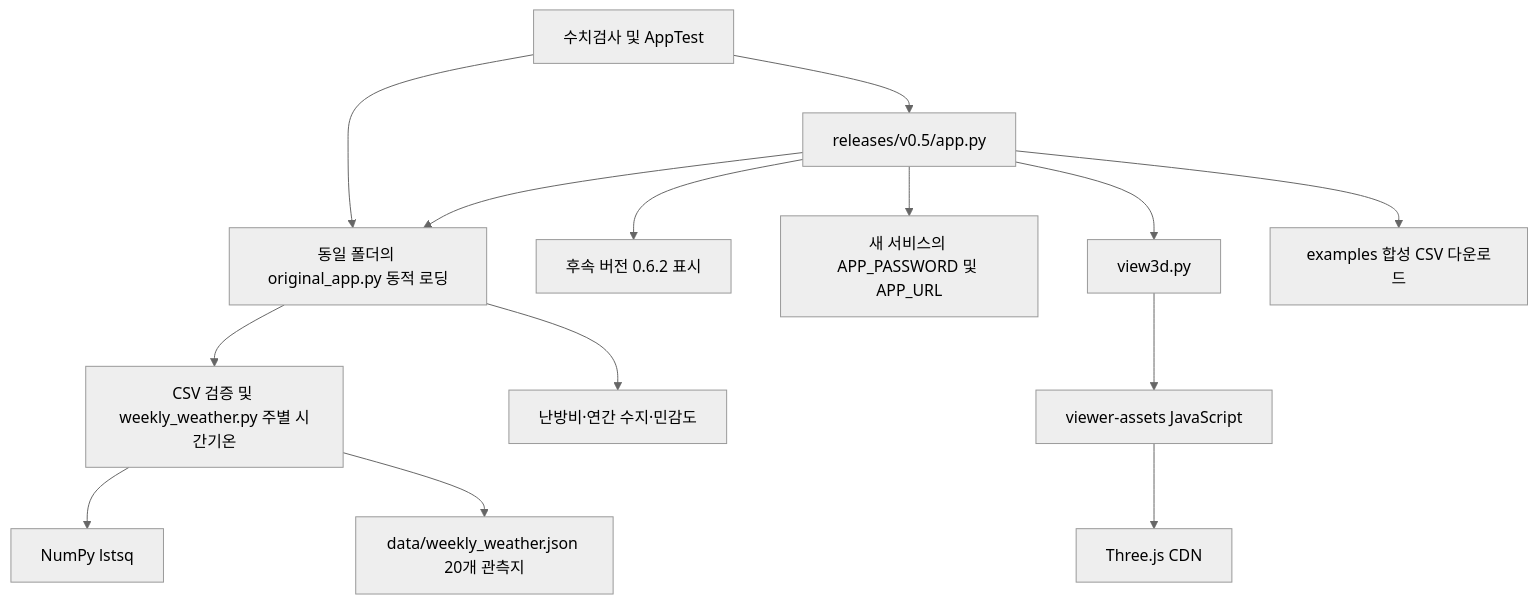
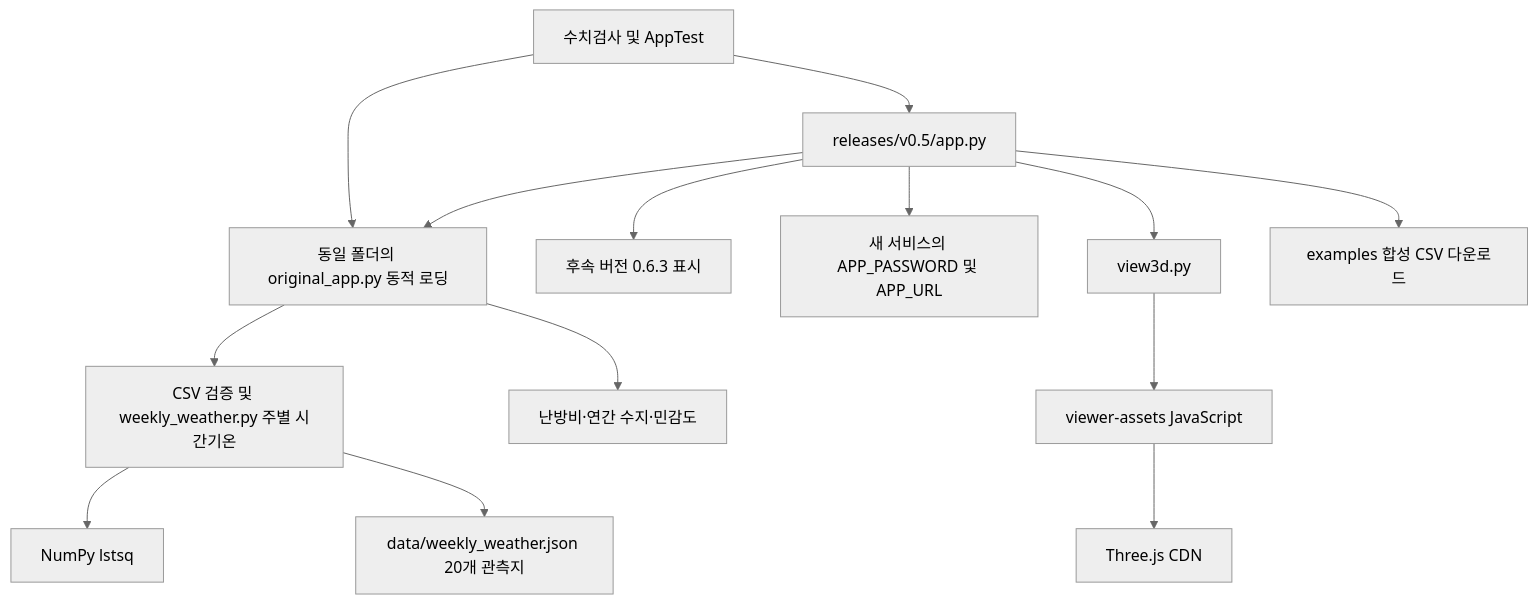
The fourth of 5 diagrams in releases/v0.5/docs/APP_BLUEPRINT.md (kuk-jong/fig-heating-decision-app), drawn with Mermaid (neutral theme) before and after one commit. The commit also changed other lines of this file and 13 other files, not shown here.

````diff
--- a/releases/v0.5/docs/APP_BLUEPRINT.md
+++ b/releases/v0.5/docs/APP_BLUEPRINT.md
@@ -205,16 +209,16 @@
 ```mermaid
 flowchart TD
     entry["releases/v0.5/app.py"] --> core["동일 폴더의 original_app.py 동적 로딩"]
-    entry --> version["후속 버전 0.6.2 표시"]
+    entry --> version["후속 버전 0.6.3 표시"]
     entry --> config["새 서비스의 APP_PASSWORD 및 APP_URL"]
     core --> regress["CSV 검증 및 weekly_weather.py 주별 시간기온"]
     regress --> numpy["NumPy lstsq"]
     regress --> bundled["data/weekly_weather.json 20개 관측지"]
     core --> heating["난방비·연간 수지·민감도"]
     entry --> component["view3d.py"]
     component --> assets["viewer-assets JavaScript"]
     assets --> cdn["Three.js CDN"]
     entry --> sample["examples 합성 CSV 다운로드"]
     tests["수치검사 및 AppTest"] --> core
     tests --> entry
 ```
````
